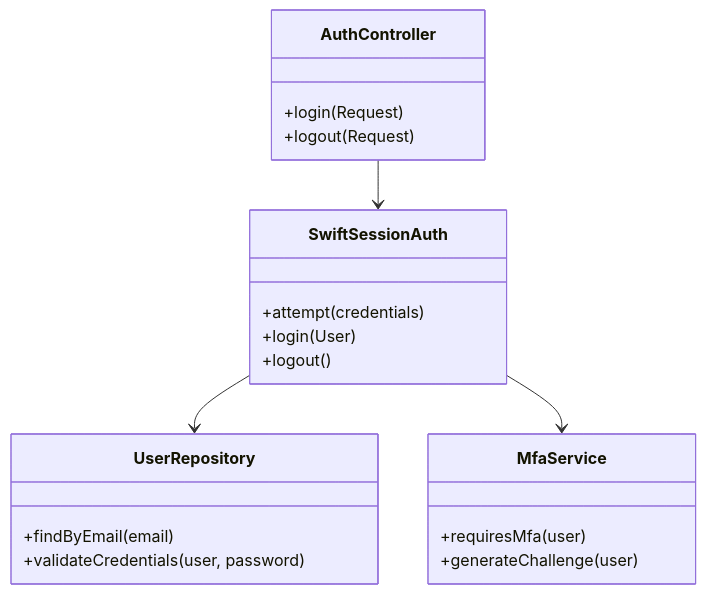
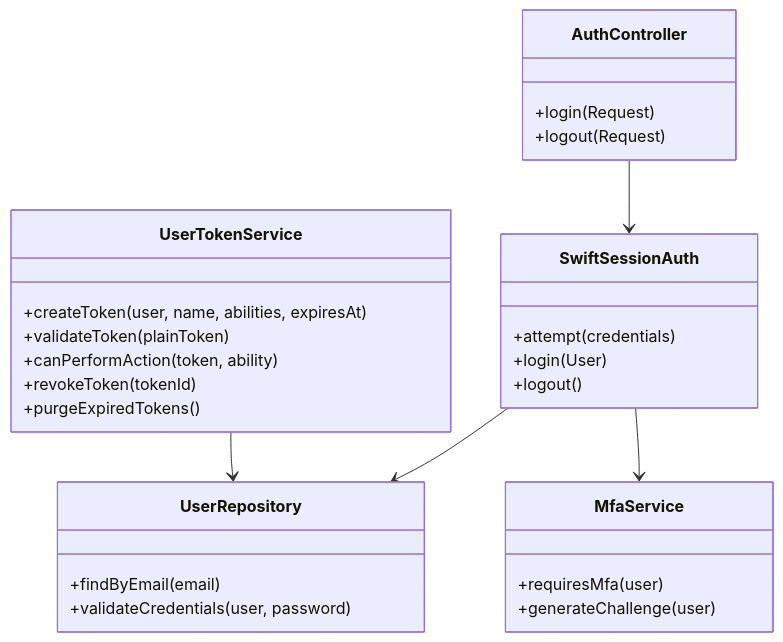
The third of 4 diagrams in doc/architecture-diagrams.md (EquidnaMX/swift-auth), drawn with Mermaid before and after one commit. The commit also changed other lines of this file and 78 other files, not shown here.

````diff
--- a/doc/architecture-diagrams.md
+++ b/doc/architecture-diagrams.md
@@ -54,27 +54,36 @@
 ```mermaid
 classDiagram
     class AuthController {
         +login(Request)
         +logout(Request)
     }
 
     class SwiftSessionAuth {
         +attempt(credentials)
         +login(User)
         +logout()
     }
 
     class UserRepository {
         +findByEmail(email)
         +validateCredentials(user, password)
     }
 
     class MfaService {
         +requiresMfa(user)
         +generateChallenge(user)
     }
 
+    class UserTokenService {
+        +createToken(user, name, abilities, expiresAt)
+        +validateToken(plainToken)
+        +canPerformAction(token, ability)
+        +revokeToken(tokenId)
+        +purgeExpiredTokens()
+    }
+
     AuthController --> SwiftSessionAuth
     SwiftSessionAuth --> UserRepository
     SwiftSessionAuth --> MfaService
+    UserTokenService --> UserRepository
 ```
````
